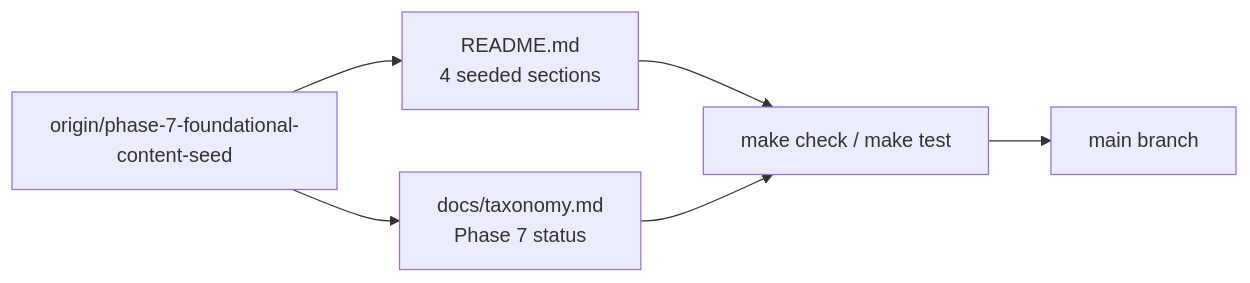
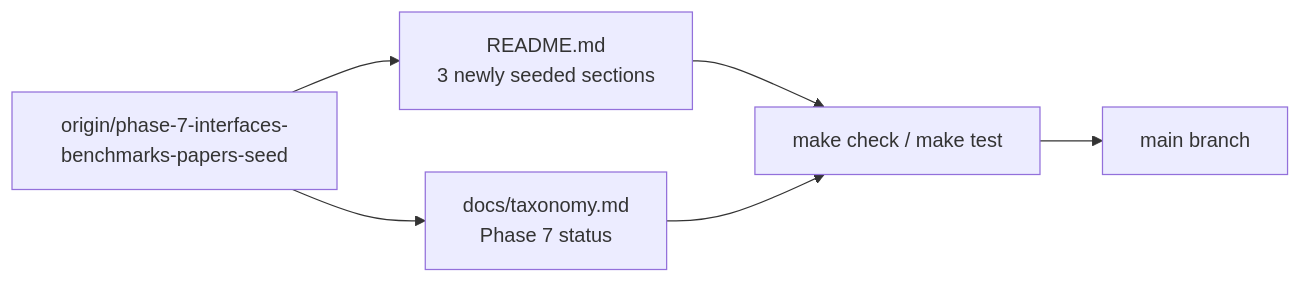
The diagram in prd.md (portpowered/awesome-agent-factories), drawn with Mermaid before and after one commit. The commit also changed other lines of this file and 2 other files, not shown here.

````diff
--- a/prd.md
+++ b/prd.md
@@ -144,14 +135,14 @@
 ```mermaid
 flowchart LR
-  seed["origin/phase-7-foundational-content-seed"]
+  seed["origin/phase-7-interfaces-benchmarks-papers-seed"]
   main["main branch"]
-  readme["README.md\n4 seeded sections"]
+  readme["README.md\n3 newly seeded sections"]
   tax["docs/taxonomy.md\nPhase 7 status"]
   checks["make check / make test"]
 
   seed --> readme
   seed --> tax
   readme --> checks
   tax --> checks
   checks --> main
 ```
````
